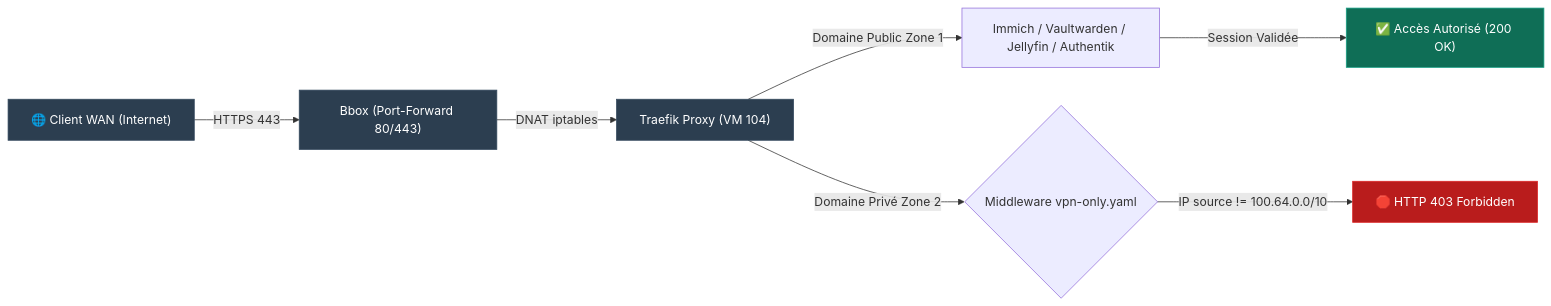
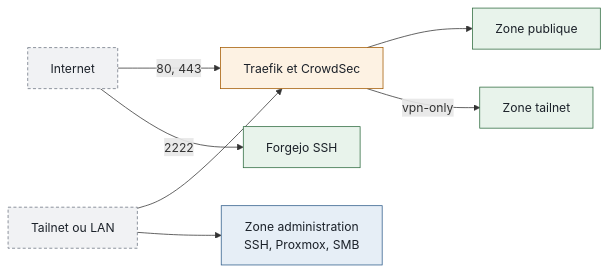
The diagram in reseau/matrice-securite-exposition.md (ims-world/docs), drawn with Mermaid before and after one commit. The commit also changed other lines of this file and 7 other files, not shown here.

First line of the commit message:
docs(lot 6): Traefik, matrice en tableau unique, Headscale, CrowdSec, procedures de securisation

````diff
--- a/reseau/matrice-securite-exposition.md
+++ b/reseau/matrice-securite-exposition.md
@@ -75,18 +21,17 @@
-    ```mermaid
-    graph LR
-CLIENT_WAN["🌐 Client WAN (Internet)"] -->|HTTPS 443| BBOX["Bbox (Port-Forward 80/443)"]
-BBOX -->|DNAT iptables| TRAEFIK["Traefik Proxy (VM 104)"]
-
-TRAEFIK -->|Domaine Public Zone 1| APP_PUB["Immich / Vaultwarden / Jellyfin / Authentik"]
-TRAEFIK -->|Domaine Privé Zone 2| VPN_ONLY{"Middleware vpn-only.yaml"}
-
-VPN_ONLY -->|IP source != 100.64.0.0/10| REJECT["🛑 HTTP 403 Forbidden"]
-APP_PUB -->|Session Validée| OK_200["✅ Accès Autorisé (200 OK)"]
-
-classDef wan fill:#2c3e50,stroke:#34495e,color:#fff;
-classDef err fill:#b91c1c,stroke:#dc2626,color:#fff;
-classDef ok fill:#0F6E56,stroke:#16A085,color:#fff;
-class CLIENT_WAN,BBOX,TRAEFIK wan;
-class REJECT err;
-class OK_200 ok;
-    ```
+```mermaid
+flowchart LR
+  internet[Internet] -->|80, 443| traefik[Traefik et CrowdSec]
+  tailnet[Tailnet ou LAN] --> traefik
+  traefik --> pub[Zone publique]
+  traefik -->|vpn-only| priv[Zone tailnet]
+  tailnet --> admin[Zone administration<br/>SSH, Proxmox, SMB]
+  internet -->|2222| forgejo[Forgejo SSH]
+  class internet,tailnet externe
+  class traefik reseau
+  class pub,priv,forgejo service
+  class admin hote
+  classDef hote fill:#e6eef6,stroke:#2f5d8a,color:#1b2129
+  classDef service fill:#e8f3eb,stroke:#2e6b3f,color:#1b2129
+  classDef reseau fill:#fdf2e3,stroke:#a35a00,color:#1b2129
+  classDef externe fill:#f1f2f4,stroke:#6b7480,color:#1b2129,stroke-dasharray:4 3
+```
````
